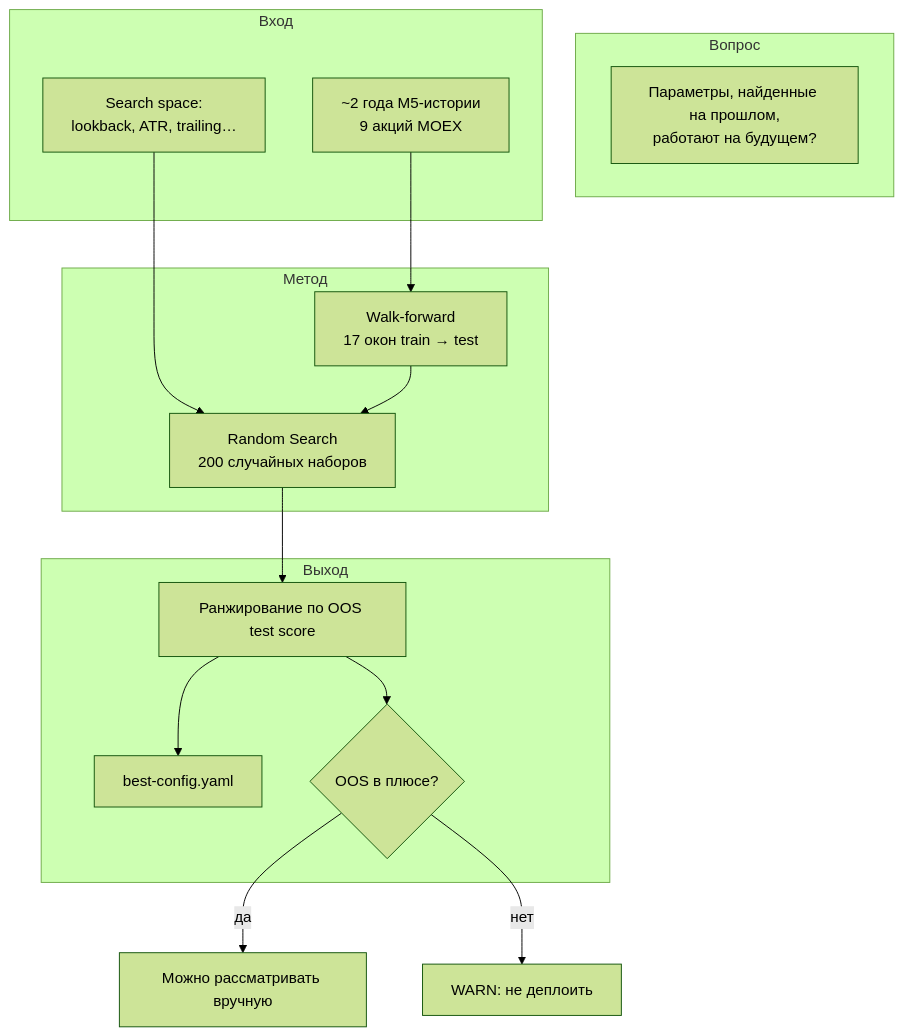
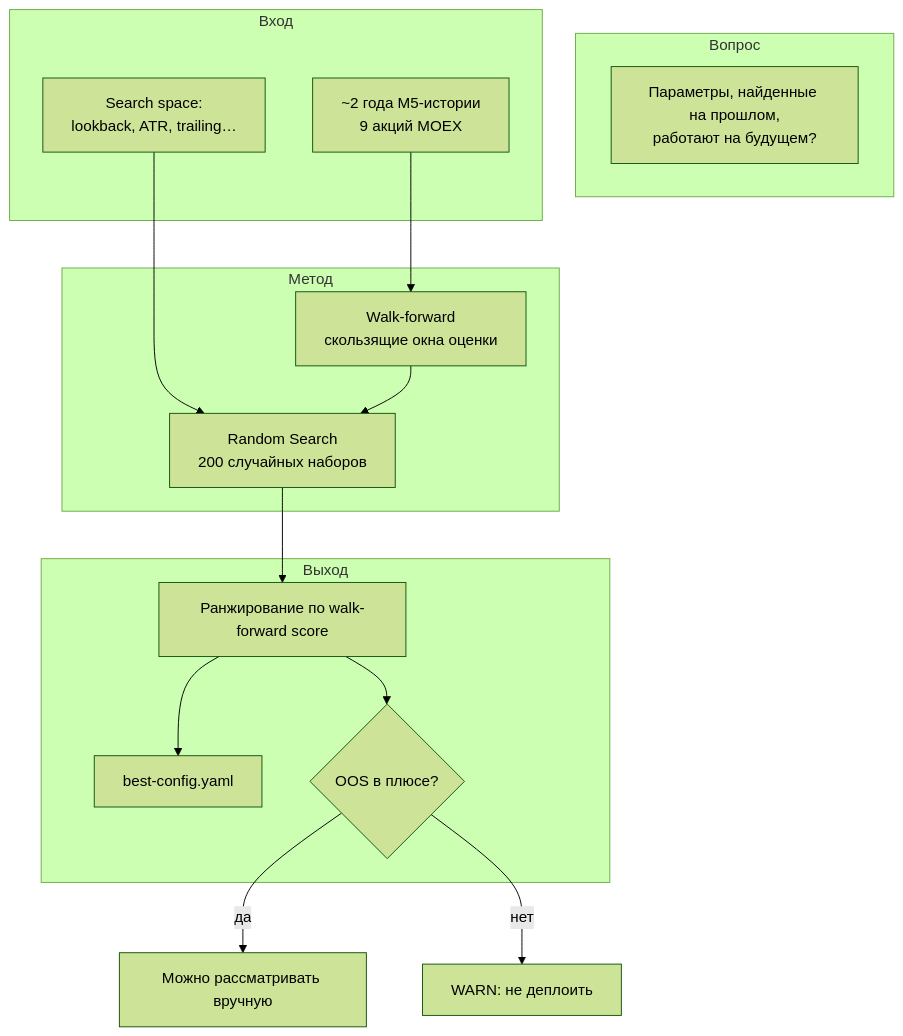
Before and after one commit to motokazmin/bcs-trading-bot: the first of 5 diagrams in cmd/optimizer/README.md, drawn with Mermaid (forest theme). The commit also changed other lines of this file and 36 other files, not shown here.

````diff
--- a/cmd/optimizer/README.md
+++ b/cmd/optimizer/README.md
@@ -28,30 +29,30 @@
 ```mermaid
 flowchart TB
     subgraph question["Вопрос"]
         Q["Параметры, найденные на прошлом,<br/>работают на будущем?"]
     end
 
     subgraph input["Вход"]
         H["~2 года M5-истории<br/>9 акций MOEX"]
         P["Search space:<br/>lookback, ATR, trailing…"]
     end
 
     subgraph method["Метод"]
-        WF["Walk-forward<br/>17 окон train → test"]
+        WF["Walk-forward<br/>скользящие окна оценки"]
         RS["Random Search<br/>200 случайных наборов"]
     end
 
     subgraph output["Выход"]
-        RANK["Ранжирование по OOS test score"]
+        RANK["Ранжирование по walk-forward score"]
         YAML["best-config.yaml"]
         DEPLOY{"OOS в плюсе?"}
     end
 
     H --> WF
     P --> RS
     WF --> RS
     RS --> RANK --> YAML
     RANK --> DEPLOY
     DEPLOY -->|да| OK["Можно рассматривать вручную"]
     DEPLOY -->|нет| WARN["WARN: не деплоить"]
 ```
````
